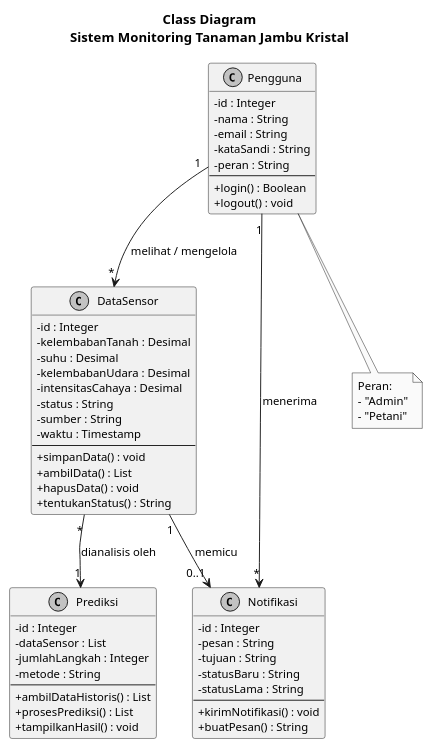
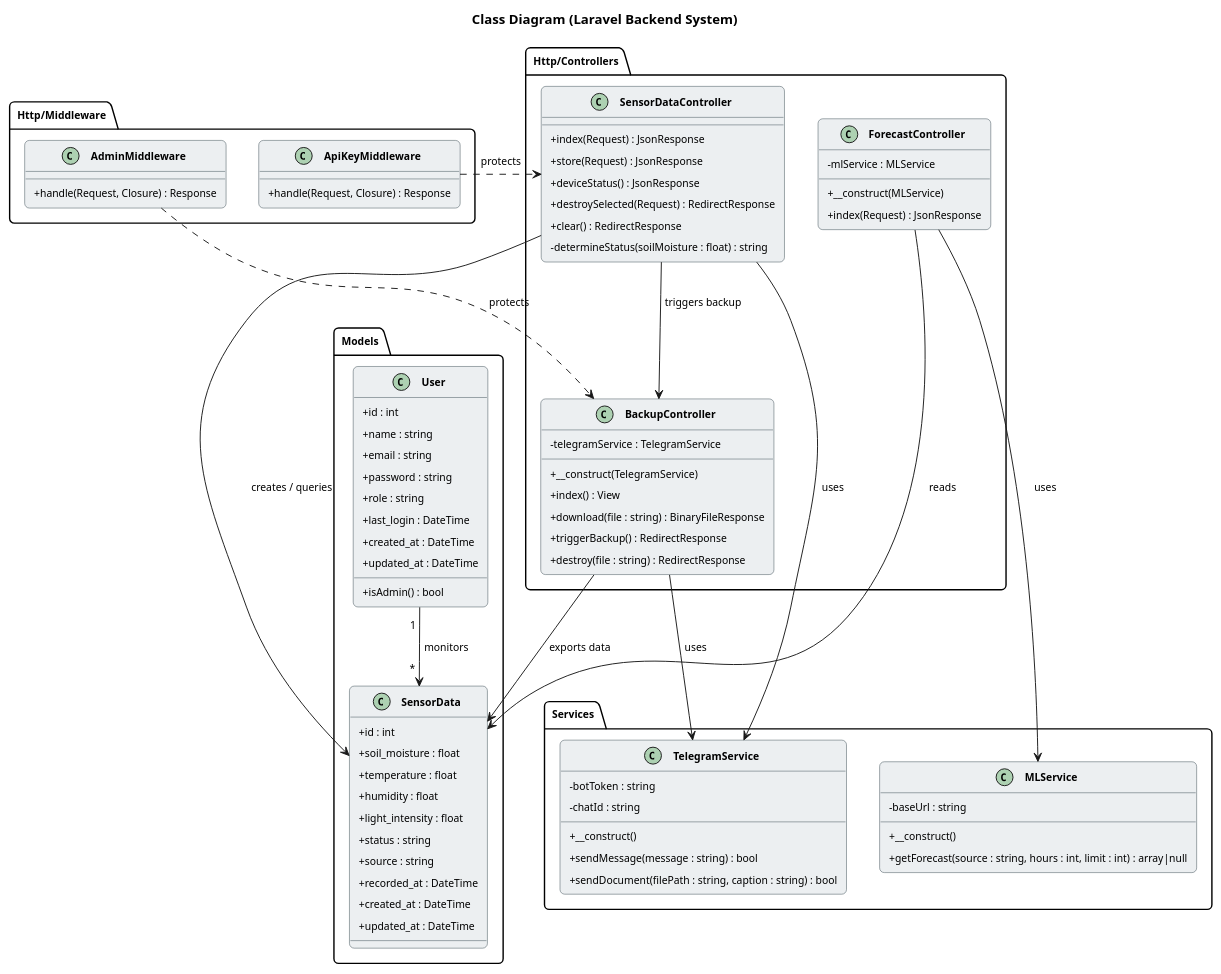
Before and after one commit to maa040424/jambu-monitoring: the diagram in docs/diagrams/8_class_diagram.puml, drawn with PlantUML. The commit also changed 51 other files, not shown here.

```diff
--- a/docs/diagrams/8_class_diagram.puml
+++ b/docs/diagrams/8_class_diagram.puml
@@ -1,72 +1,116 @@
 @startuml Class Diagram
-skinparam monochrome true
+
+skinparam backgroundColor white
+skinparam defaultFontName "Segoe UI"
+skinparam defaultFontSize 11
 skinparam shadowing false
-skinparam backgroundColor white
-skinparam defaultFontName Arial
-skinparam defaultFontSize 12
+skinparam roundCorner 10
+skinparam padding 4
 skinparam classAttributeIconSize 0
 
-title Class Diagram\nSistem Monitoring Tanaman Jambu Kristal
-
-class Pengguna {
-    - id : Integer
-    - nama : String
-    - email : String
-    - kataSandi : String
-    - peran : String
-    --
-    + login() : Boolean
-    + logout() : void
+skinparam class {
+    BorderColor #37474F
+    BackgroundColor #ECEFF1
+    FontStyle bold
 }
 
-class DataSensor {
-    - id : Integer
-    - kelembabanTanah : Desimal
-    - suhu : Desimal
-    - kelembabanUdara : Desimal
-    - intensitasCahaya : Desimal
-    - status : String
-    - sumber : String
-    - waktu : Timestamp
-    --
-    + simpanData() : void
-    + ambilData() : List
-    + hapusData() : void
-    + tentukanStatus() : String
+skinparam stereotypePosition top
+
+title **Class Diagram (Laravel Backend System)**
+
+package "Http/Controllers" {
+    class SensorDataController {
+        + index(Request) : JsonResponse
+        + store(Request) : JsonResponse
+        + deviceStatus() : JsonResponse
+        + destroySelected(Request) : RedirectResponse
+        + clear() : RedirectResponse
+        - determineStatus(soilMoisture : float) : string
+    }
+
+    class ForecastController {
+        - mlService : MLService
+        + __construct(MLService)
+        + index(Request) : JsonResponse
+    }
+
+    class BackupController {
+        - telegramService : TelegramService
+        + __construct(TelegramService)
+        + index() : View
+        + download(file : string) : BinaryFileResponse
+        + triggerBackup() : RedirectResponse
+        + destroy(file : string) : RedirectResponse
+    }
 }
 
-class Prediksi {
-    - id : Integer
-    - dataSensor : List
-    - jumlahLangkah : Integer
-    - metode : String
-    --
-    + ambilDataHistoris() : List
-    + prosesPrediksi() : List
-    + tampilkanHasil() : void
+package "Http/Middleware" {
+    class ApiKeyMiddleware {
+        + handle(Request, Closure) : Response
+    }
+
+    class AdminMiddleware {
+        + handle(Request, Closure) : Response
+    }
 }
 
-class Notifikasi {
-    - id : Integer
-    - pesan : String
-    - tujuan : String
-    - statusBaru : String
-    - statusLama : String
-    --
-    + kirimNotifikasi() : void
-    + buatPesan() : String
+package "Models" {
+    class SensorData {
+        + id : int
+        + soil_moisture : float
+        + temperature : float
+        + humidity : float
+        + light_intensity : float
+        + status : string
+        + source : string
+        + recorded_at : DateTime
+        + created_at : DateTime
+        + updated_at : DateTime
+    }
+
+    class User {
+        + id : int
+        + name : string
+        + email : string
+        + password : string
+        + role : string
+        + last_login : DateTime
+        + created_at : DateTime
+        + updated_at : DateTime
+        + isAdmin() : bool
+    }
 }
 
-' === Relasi ===
-Pengguna "1" --> "*" DataSensor : melihat / mengelola
-DataSensor "*" --> "1" Prediksi : dianalisis oleh
-DataSensor "1" --> "0..1" Notifikasi : memicu
-Pengguna "1" --> "*" Notifikasi : menerima
+package "Services" {
+    class MLService {
+        - baseUrl : string
+        + __construct()
+        + getForecast(source : string, hours : int, limit : int) : array|null
+    }
 
-note bottom of Pengguna
-    Peran:
-    - "Admin"
-    - "Petani"
-end note
+    class TelegramService {
+        - botToken : string
+        - chatId : string
+        + __construct()
+        + sendMessage(message : string) : bool
+        + sendDocument(filePath : string, caption : string) : bool
+    }
+}
+
+' === Relationships / Dependensi ===
+ApiKeyMiddleware .right.> SensorDataController : protects
+AdminMiddleware .right.> BackupController : protects
+
+SensorDataController --> SensorData : creates / queries
+SensorDataController --> TelegramService : uses
+SensorDataController --> BackupController : triggers backup
+
+ForecastController --> MLService : uses
+ForecastController --> SensorData : reads
+
+BackupController --> TelegramService : uses
+BackupController --> SensorData : exports data
+
+User "1" --> "*" SensorData : monitors
 
 @enduml
```
